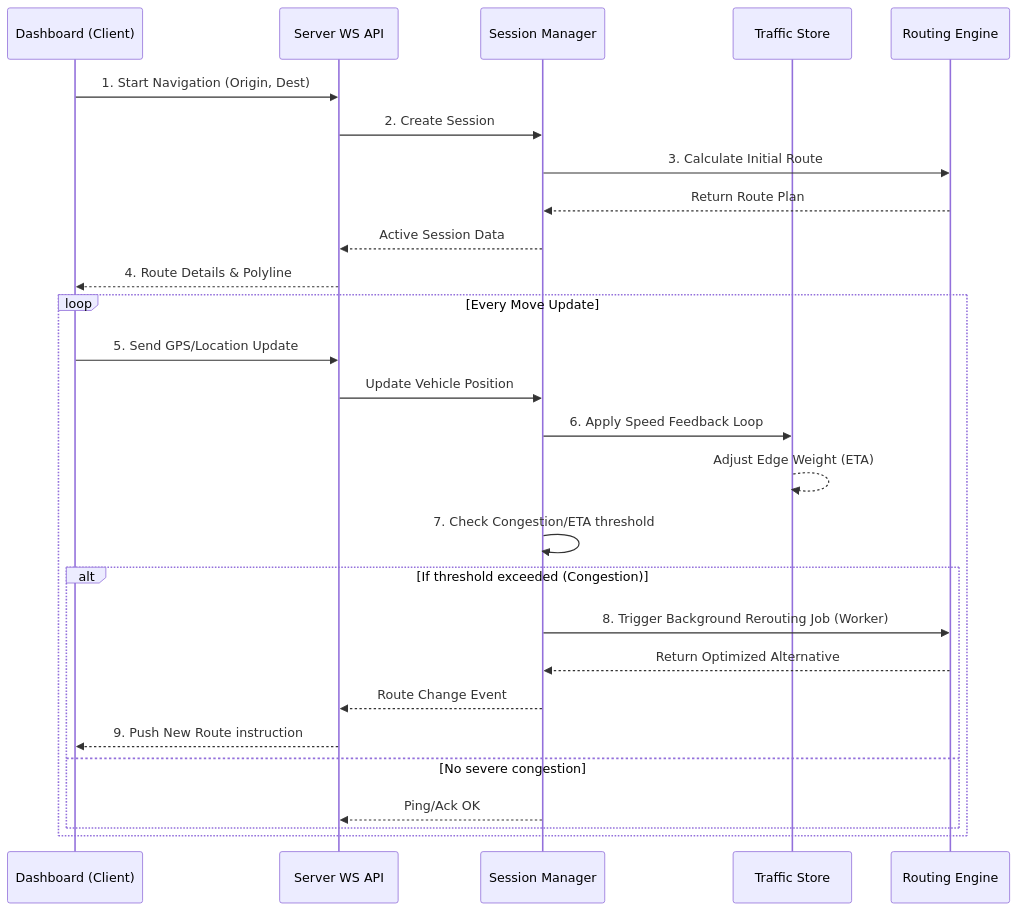
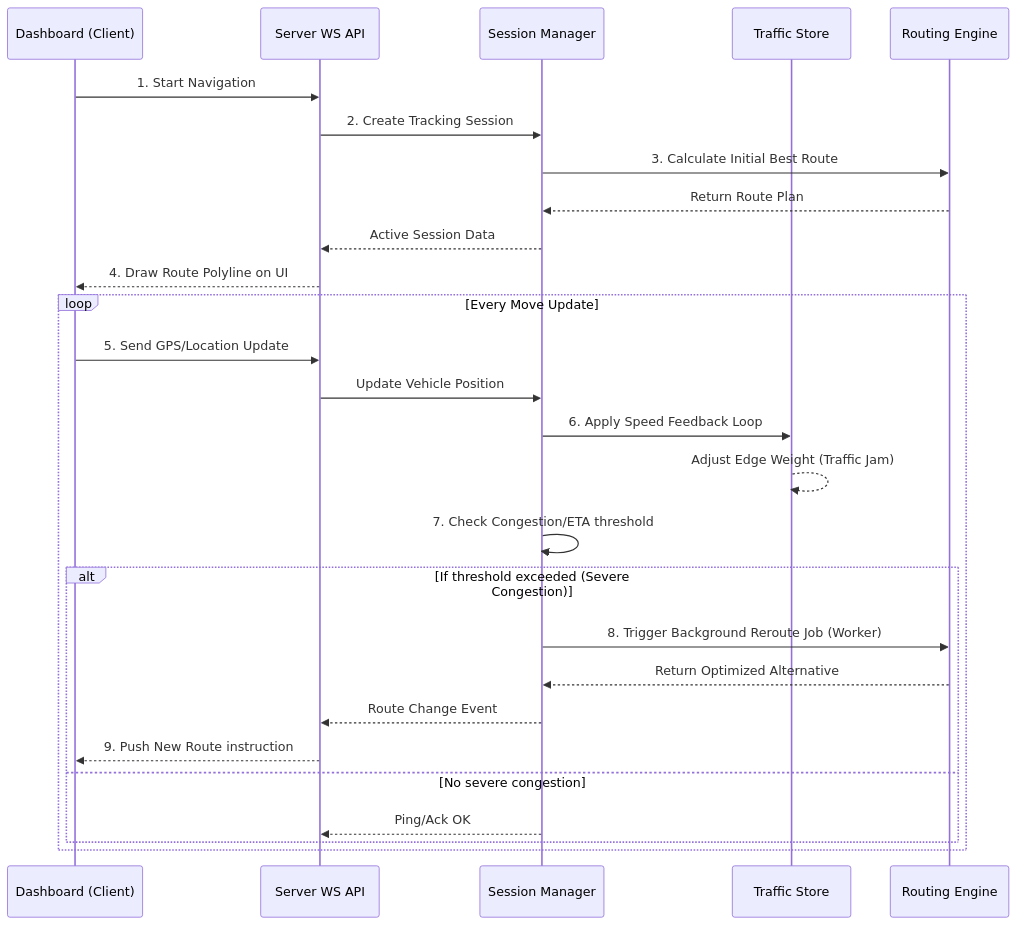
Before and after one commit to Eitan634180/Parallel-Waze-System-Project: the third of 3 diagrams in README.md, drawn with Mermaid. The commit also changed other lines of this file, not shown here.

````diff
--- a/README.md
+++ b/README.md
@@ -133,32 +149,32 @@
 ```mermaid
 sequenceDiagram
     participant Client as Dashboard (Client)
     participant API as Server WS API
     participant Session as Session Manager
     participant Traffic as Traffic Store
     participant Router as Routing Engine
 
-    Client->>API: 1. Start Navigation (Origin, Dest)
-    API->>Session: 2. Create Session
-    Session->>Router: 3. Calculate Initial Route
+    Client->>API: 1. Start Navigation
+    API->>Session: 2. Create Tracking Session
+    Session->>Router: 3. Calculate Initial Best Route
     Router-->>Session: Return Route Plan
     Session-->>API: Active Session Data
-    API-->>Client: 4. Route Details & Polyline
+    API-->>Client: 4. Draw Route Polyline on UI
 
     loop Every Move Update
         Client->>API: 5. Send GPS/Location Update
         API->>Session: Update Vehicle Position
         Session->>Traffic: 6. Apply Speed Feedback Loop
-        Traffic-->>Traffic: Adjust Edge Weight (ETA)
+        Traffic-->>Traffic: Adjust Edge Weight (Traffic Jam)
         
         Session->>Session: 7. Check Congestion/ETA threshold
-        alt If threshold exceeded (Congestion)
-            Session->>Router: 8. Trigger Background Rerouting Job (Worker)
+        alt If threshold exceeded (Severe Congestion)
+            Session->>Router: 8. Trigger Background Reroute Job (Worker)
             Router-->>Session: Return Optimized Alternative
             Session-->>API: Route Change Event
             API-->>Client: 9. Push New Route instruction
         else No severe congestion
             Session-->>API: Ping/Ack OK
         end
     end
 ```
````
